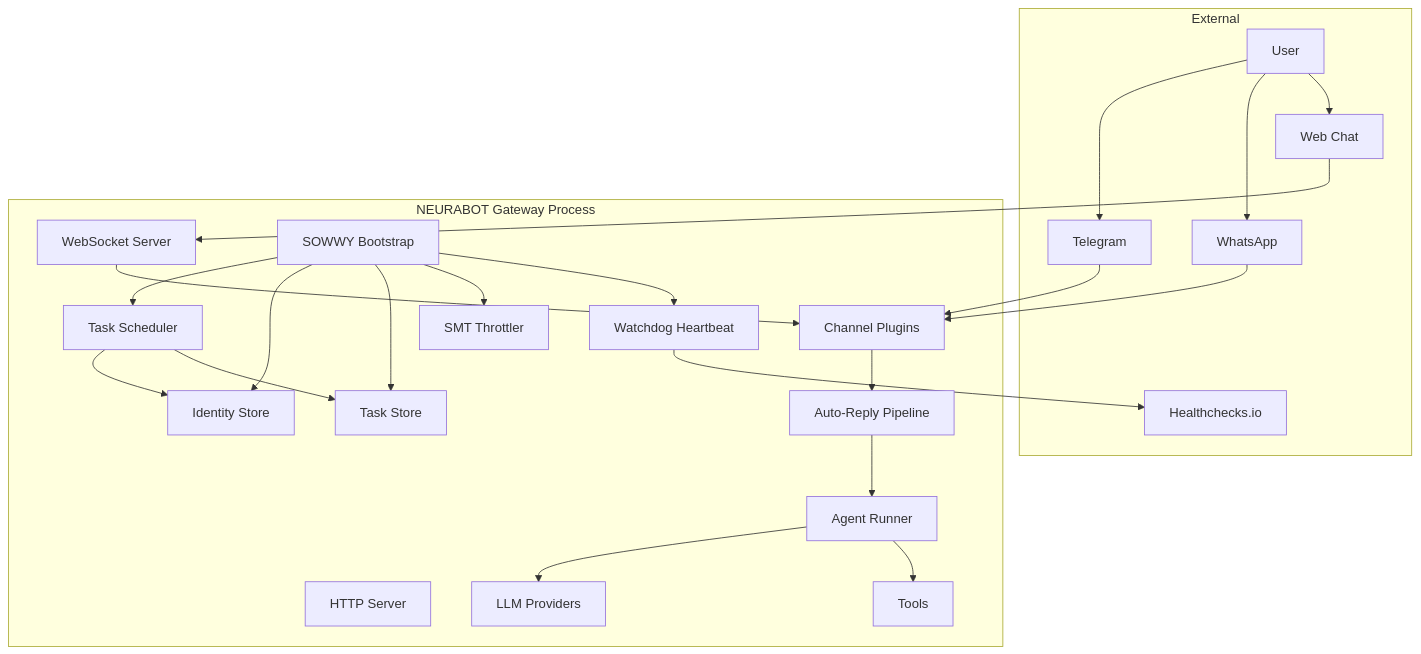
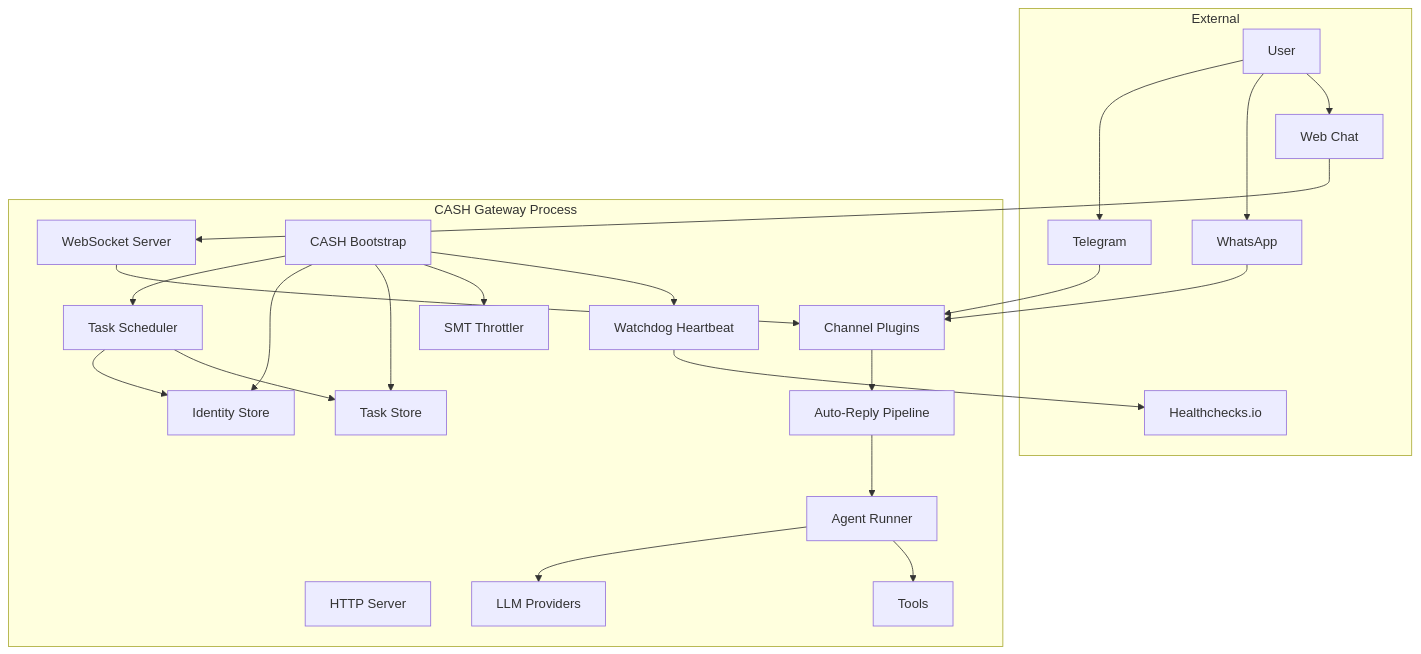
One commit to Ghostmonday/NEURABOT changed the first of 6 diagrams in README.md. Above: the diagram before and after it, drawn with Mermaid. The commit also changed other lines of this file, not shown here.

````diff
--- a/README.md
+++ b/README.md
@@ -365,46 +422,46 @@
 ```mermaid
 flowchart TB
   subgraph external [External]
     User[User]
     Telegram[Telegram]
     WhatsApp[WhatsApp]
     WebChat[Web Chat]
     Healthchecks[Healthchecks.io]
   end
 
-  subgraph gateway [NEURABOT Gateway Process]
+  subgraph gateway [CASH Gateway Process]
     HTTP[HTTP Server]
     WS[WebSocket Server]
     Channels[Channel Plugins]
     AutoReply[Auto-Reply Pipeline]
     AgentRunner[Agent Runner]
     LLM[LLM Providers]
     Tools[Tools]
-    SowwyBootstrap[SOWWY Bootstrap]
+    CashBootstrap[CASH Bootstrap]
     TaskScheduler[Task Scheduler]
     IdentityStore[Identity Store]
     TaskStore[Task Store]
     SMT[SMT Throttler]
     Watchdog[Watchdog Heartbeat]
   end
 
   User --> Telegram
   User --> WhatsApp
   User --> WebChat
   Telegram --> Channels
   WhatsApp --> Channels
   WebChat --> WS
   WS --> Channels
   Channels --> AutoReply
   AutoReply --> AgentRunner
   AgentRunner --> LLM
   AgentRunner --> Tools
-  SowwyBootstrap --> TaskScheduler
-  SowwyBootstrap --> IdentityStore
-  SowwyBootstrap --> TaskStore
-  SowwyBootstrap --> SMT
-  SowwyBootstrap --> Watchdog
+  CashBootstrap --> TaskScheduler
+  CashBootstrap --> IdentityStore
+  CashBootstrap --> TaskStore
+  CashBootstrap --> SMT
+  CashBootstrap --> Watchdog
   TaskScheduler --> IdentityStore
   TaskScheduler --> TaskStore
   Watchdog --> Healthchecks
 ```
````
